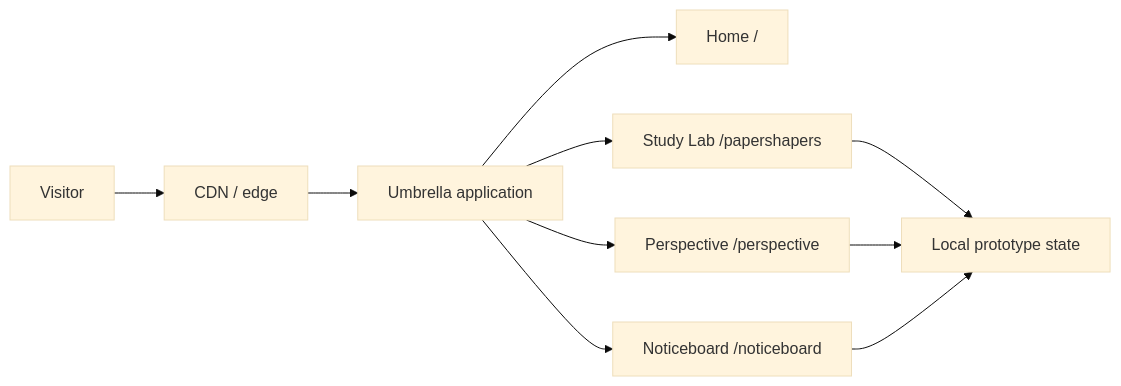
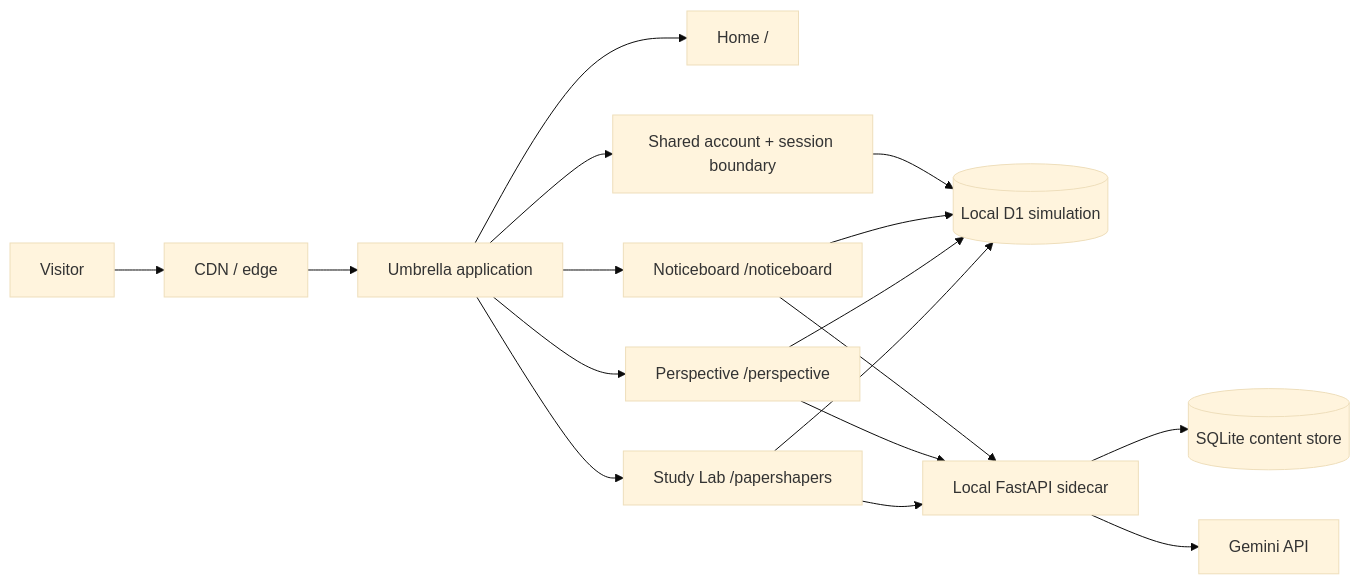
The first of 3 diagrams in docs/SYSTEM_DESIGN.md (papershaper07x/papershapers_new), drawn with Mermaid (base theme) before and after one commit. The commit also changed other lines of this file and 108 other files, not shown here.

````diff
--- a/docs/SYSTEM_DESIGN.md
+++ b/docs/SYSTEM_DESIGN.md
@@ -9,12 +9,19 @@
 ```mermaid
 flowchart LR
   V[Visitor] --> E[CDN / edge]
   E --> U[Umbrella application]
   U --> H[Home /]
   U --> S[Study Lab /papershapers]
   U --> P[Perspective /perspective]
   U --> N[Noticeboard /noticeboard]
-  S --> LS[Local prototype state]
-  P --> LS
-  N --> LS
+  S --> D1[(Local D1 simulation)]
+  P --> D1
+  N --> D1
+  U --> AUTH[Shared account + session boundary]
+  AUTH --> D1
+  S --> API[Local FastAPI sidecar]
+  P --> API
+  N --> API
+  API --> SQL[(SQLite content store)]
+  API --> LLM[Gemini API]
 ```
````
